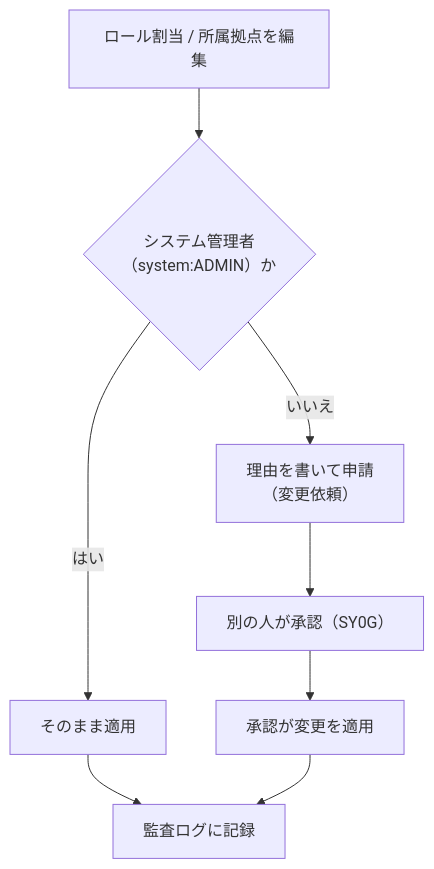
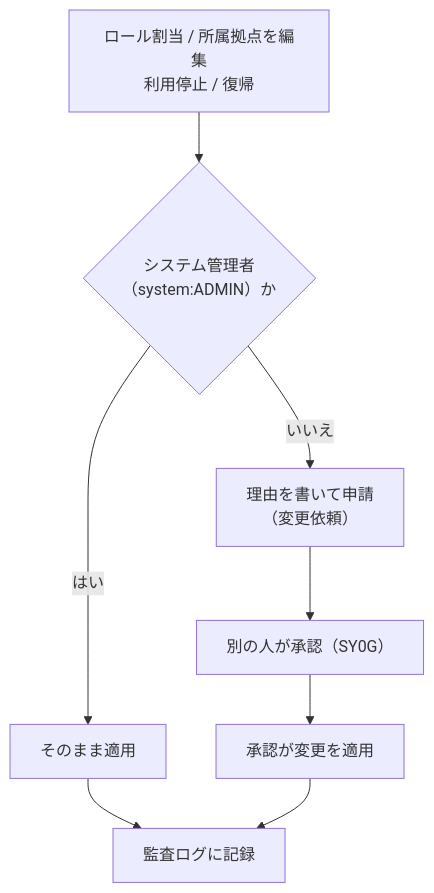
The diagram in coolify/apps/nextjs-web/content/internal/system/user-management.md (Kuisin/ckk-tool-v3), drawn with Mermaid before and after one commit. The commit also changed other lines of this file and 137 other files, not shown here.

````diff
--- a/coolify/apps/nextjs-web/content/internal/system/user-management.md
+++ b/coolify/apps/nextjs-web/content/internal/system/user-management.md
@@ -13,10 +13,10 @@
 ```mermaid
 flowchart TD
-  e["ロール割当 / 所属拠点を編集"] --> q{"システム管理者<br/>（system:ADMIN）か"}
+  e["ロール割当 / 所属拠点を編集<br/>利用停止 / 復帰"] --> q{"システム管理者<br/>（system:ADMIN）か"}
   q -->|"はい"| a["そのまま適用"]
   q -->|"いいえ"| r["理由を書いて申請<br/>（変更依頼）"]
   r --> d["別の人が承認（SY0G）"]
   d --> a2["承認が変更を適用"]
   a --> l["監査ログに記録"]
   a2 --> l
 ```
````
